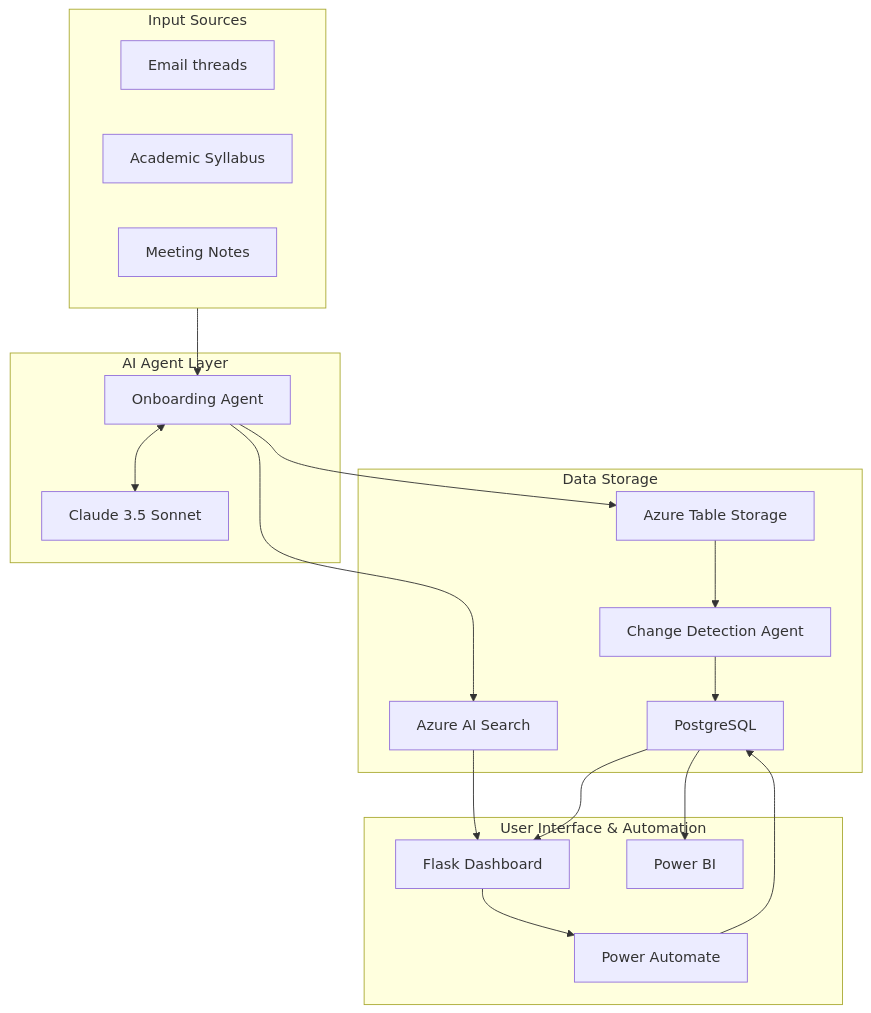
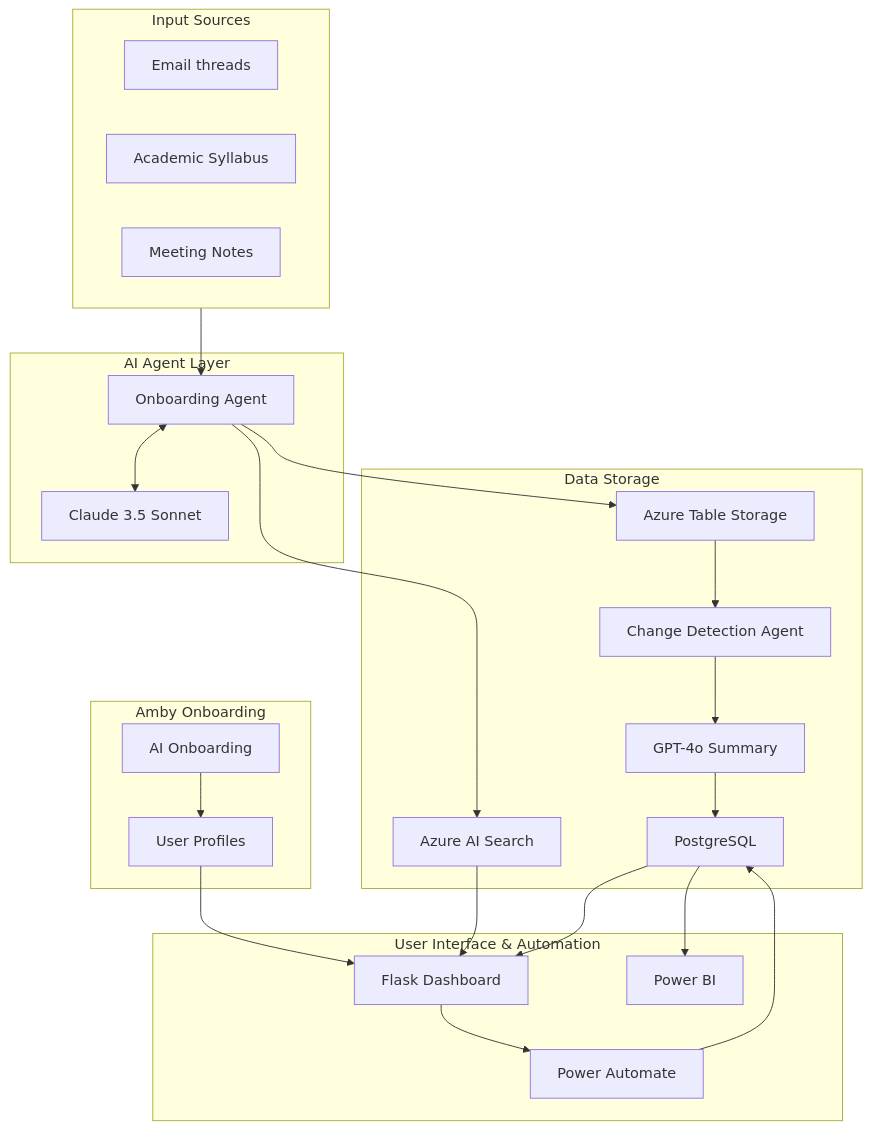
One commit to Aynlie/cwb-ambitionos changed the diagram in README.md. Above: the diagram before and after it, drawn with Mermaid. The commit also changed other lines of this file and 3 other files, not shown here.

Commit message:
Week 3 polish: Amby architecture update, README Amby section, corporate dataset, ISACA duplicate fix

````diff
--- a/README.md
+++ b/README.md
@@ -15,43 +15,53 @@
 ```mermaid
 graph TD
     %% Sources
     subgraph Sources [Input Sources]
         Email["Email threads"]
         Syllabus["Academic Syllabus"]
         Notes["Meeting Notes"]
+    end
+
+    %% Amby
+    subgraph AmbyFlow [Amby Onboarding]
+        Amby["AI Onboarding"]
+        UP["User Profiles"]
     end
 
     %% Agents & Processing
     subgraph AgentLayer [AI Agent Layer]
         OA["Onboarding Agent"]
         Claude["Claude 3.5 Sonnet"]
     end
 
     %% Storage
     subgraph Storage [Data Storage]
         ATS["Azure Table Storage"]
         AIS["Azure AI Search"]
         CDA["Change Detection Agent"]
+        GPT4["GPT-4o Summary"]
         PG["PostgreSQL"]
     end
 
     %% Human-in-the-Loop & Visualization
     subgraph Output [User Interface & Automation]
         FD["Flask Dashboard"]
         PA["Power Automate"]
         PBI["Power BI"]
     end
 
     %% Connections
+    Amby --> UP
+    UP --> FD
     Sources --> OA
     OA <--> Claude
     OA --> ATS
     OA --> AIS
     ATS --> CDA
-    CDA --> PG
+    CDA --> GPT4
+    GPT4 --> PG
     PG --> PBI
     AIS --> FD
     PG --> FD
     FD --> PA
     PA --> PG
 ```
````
